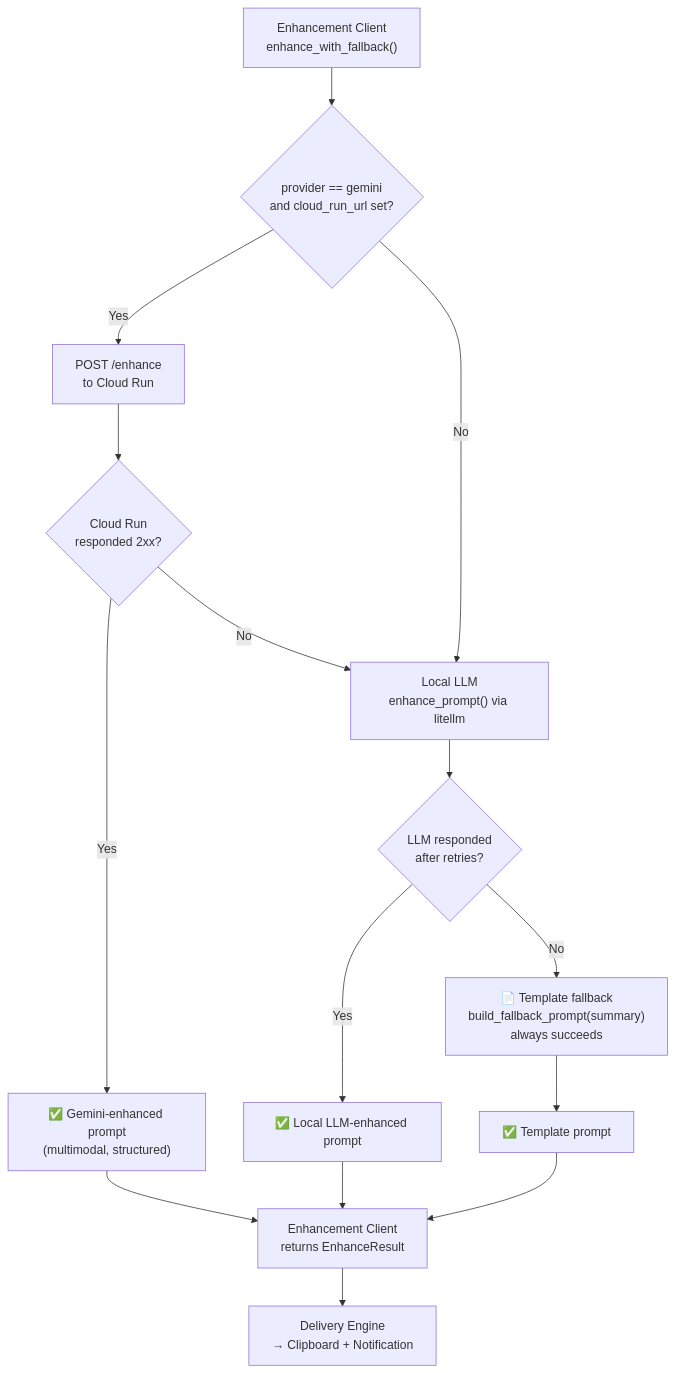
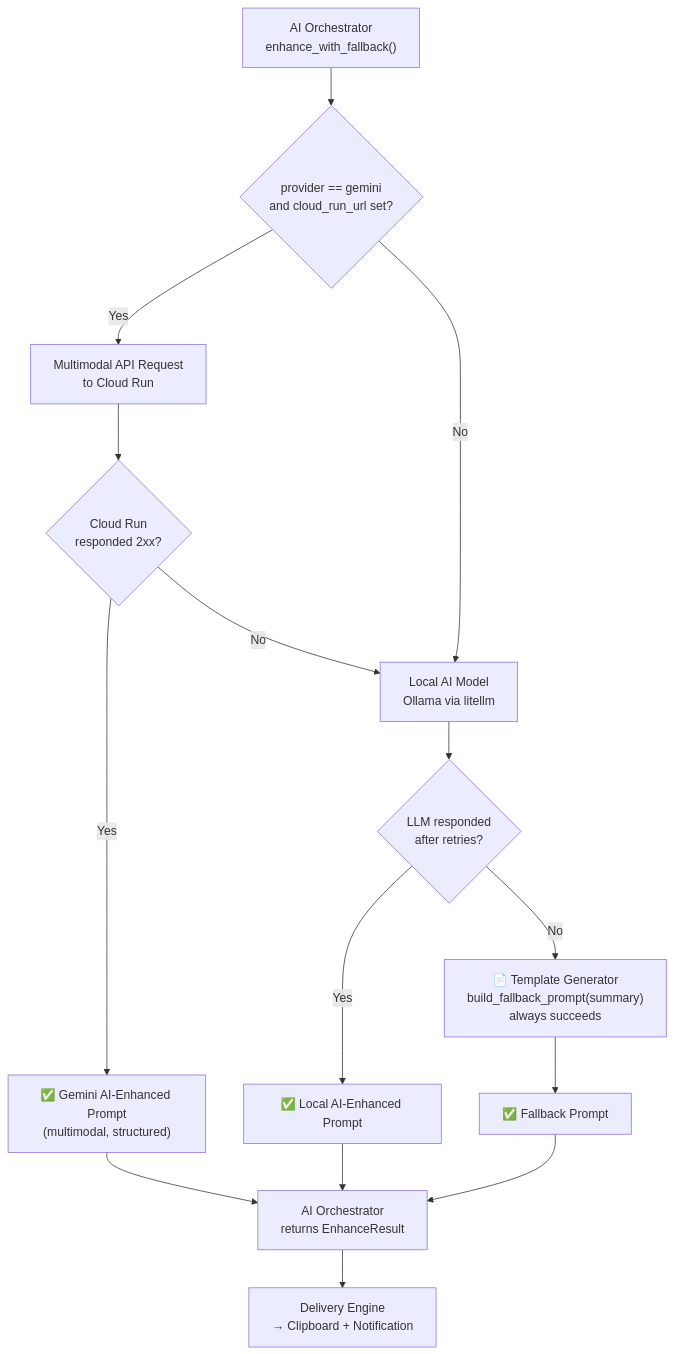
Before and after one commit to VinnyBabuManjaly/PromptShell: the sixth of 9 diagrams in docs/system_design.md, drawn with Mermaid. The commit also changed other lines of this file and 5 other files, not shown here.

First line of the commit message:
Update documentation with enhanced architecture diagrams and improved terminology

````diff
--- a/docs/system_design.md
+++ b/docs/system_design.md
@@ -231,25 +231,25 @@
 ```mermaid
 flowchart TD
-    START["Enhancement Client<br/>enhance_with_fallback()"] --> HAS_URL
+    START["AI Orchestrator<br/>enhance_with_fallback()"] --> HAS_URL
 
     HAS_URL{"provider == gemini<br/>and cloud_run_url set?"}
-    HAS_URL -->|Yes| CR["POST /enhance<br/>to Cloud Run"]
+    HAS_URL -->|Yes| CR["Multimodal API Request<br/>to Cloud Run"]
     HAS_URL -->|No| LOCAL
 
     CR --> CROK{"Cloud Run<br/>responded 2xx?"}
-    CROK -->|Yes| OK["✅ Gemini-enhanced prompt<br/>(multimodal, structured)"]
-    CROK -->|No| LOCAL["Local LLM<br/>enhance_prompt() via litellm"]
+    CROK -->|Yes| OK["✅ Gemini AI-Enhanced Prompt<br/>(multimodal, structured)"]
+    CROK -->|No| LOCAL["Local AI Model<br/>Ollama via litellm"]
 
     LOCAL --> LLMOK{"LLM responded<br/>after retries?"}
-    LLMOK -->|Yes| OK2["✅ Local LLM-enhanced prompt"]
+    LLMOK -->|Yes| OK2["✅ Local AI-Enhanced Prompt"]
     LLMOK -->|No| TPL
 
-    TPL["📄 Template fallback<br/>build_fallback_prompt(summary)<br/>always succeeds"]
-    TPL --> OK3["✅ Template prompt"]
+    TPL["📄 Template Generator<br/>build_fallback_prompt(summary)<br/>always succeeds"]
+    TPL --> OK3["✅ Fallback Prompt"]
 
-    OK --> EC["Enhancement Client<br/>returns EnhanceResult"]
+    OK --> EC["AI Orchestrator<br/>returns EnhanceResult"]
     OK2 --> EC
     OK3 --> EC
 
     EC --> DEL["Delivery Engine<br/>→ Clipboard + Notification"]
 ```
````
